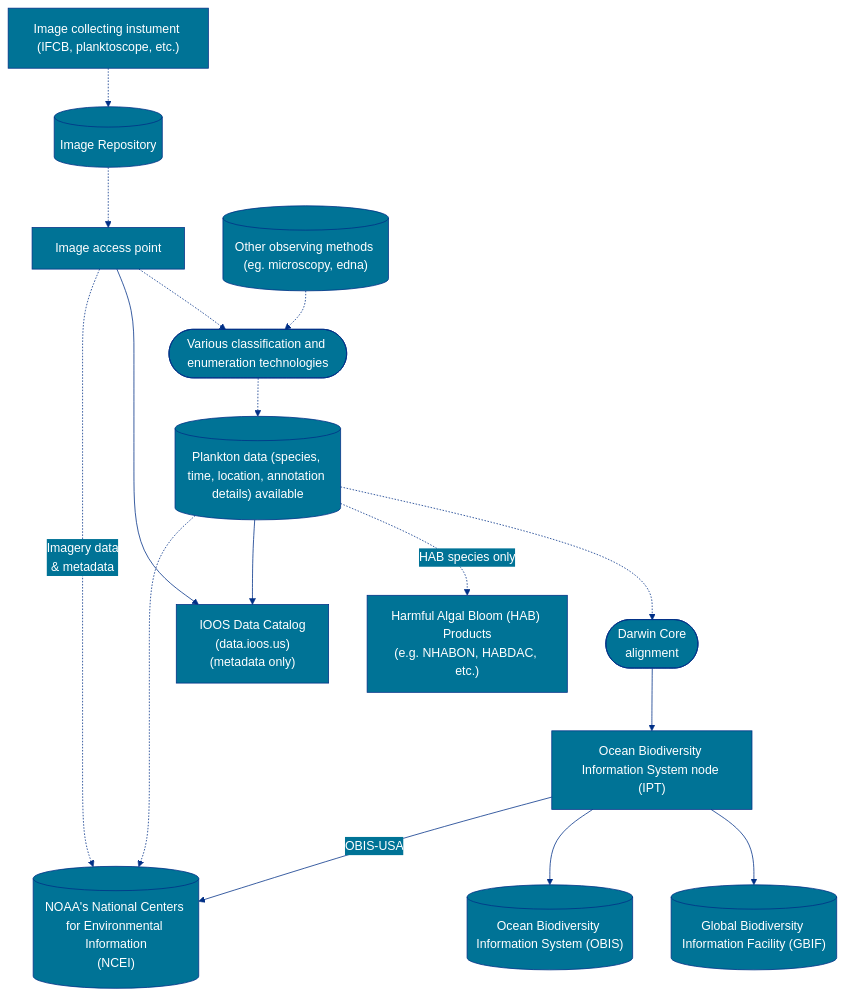
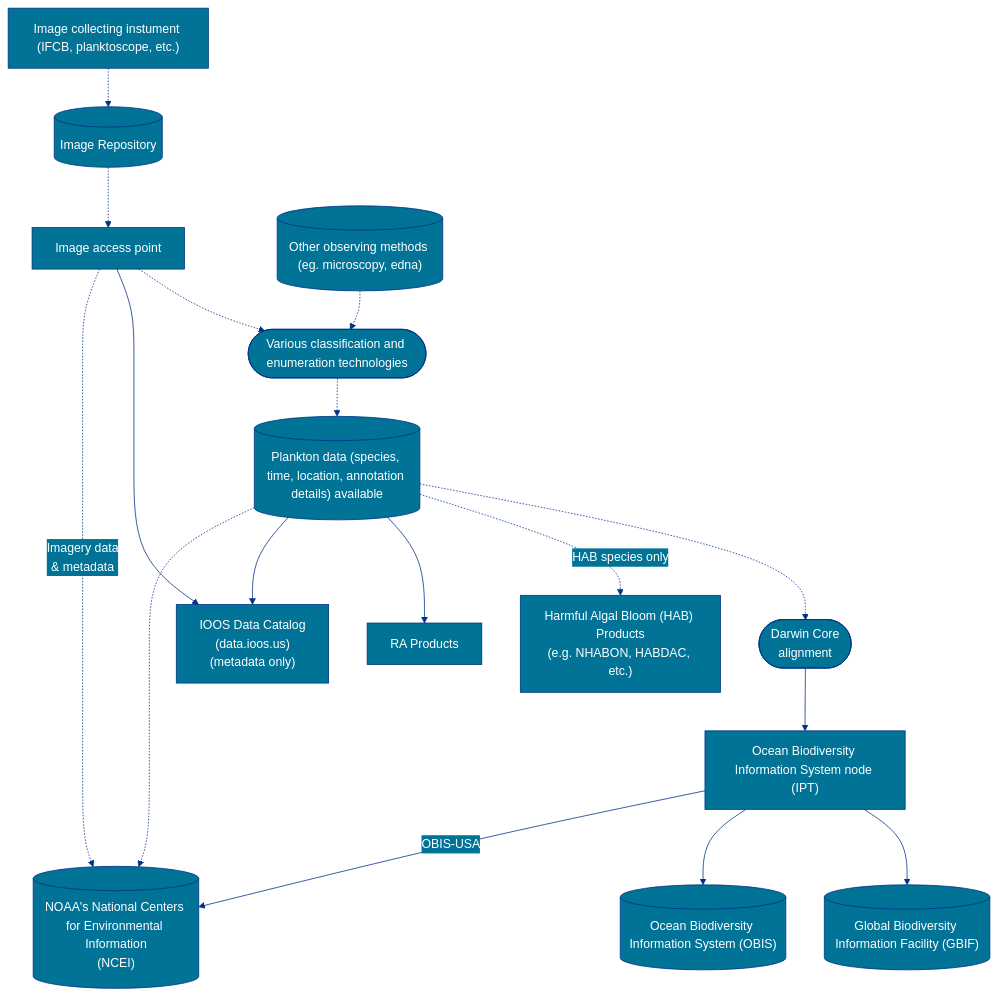
One commit to ioos/marine_life_data_network changed the fifth of 5 diagrams in _docs/index.md. Above: the diagram before and after it, drawn with Mermaid.

Commit message:
Update index.md
Adding RA products to the plankton data flow

````diff
--- a/_docs/index.md
+++ b/_docs/index.md
@@ -317,50 +317,52 @@
 ```mermaid
 %%{
   init: {
     'theme': 'base',
     'themeVariables': {
       'primaryColor': '#007396',
       'primaryTextColor': '#fff',
       'primaryBorderColor': '#003087',
       'lineColor': '#003087',
       'secondaryColor': '#007396',
       'tertiaryColor': '#CCD1D1'
     },
    'flowchart': { 'curve': 'basis' }
   }
 }%%
 
 flowchart TD
 
 A["Image collecting instument (IFCB, planktoscope, etc.)"]
 B["Image access point"]
 C([Darwin Core<br/>alignment])
 D([Various classification and enumeration technologies])
 E[("NOAA's National Centers for Environmental Information<br/>(NCEI)")]
 F["Ocean Biodiversity Information System node (IPT)"]
 G[("Global Biodiversity Information Facility (GBIF)")]
 H[("Ocean Biodiversity Information System (OBIS)")]
 I["IOOS Data Catalog<br/>(data.ioos.us)<br/>(metadata only)"]
 J["Harmful Algal Bloom (HAB) Products<br/>(e.g. NHABON, HABDAC, etc.)"]
+Z["RA Products"]
 K[("Image Repository")]
 X[("Plankton data (species, time, location, annotation details) available")]
 A1[("Other observing methods (eg. microscopy, edna)")]
 
 
 A1 -.-> D
 
 A -.-> K
 B -.-> D
 K -.-> B
 D -.-> X
 X -.-> C
 B --> I
 X -.->|HAB species only| J
+X --> Z
 X --> I
 B -.Imagery data<br/>& metadata.-> E
 C --> F
 F --> G
 F --> H
 F -- OBIS-USA --> E
 X -.-> E
 ```
````
